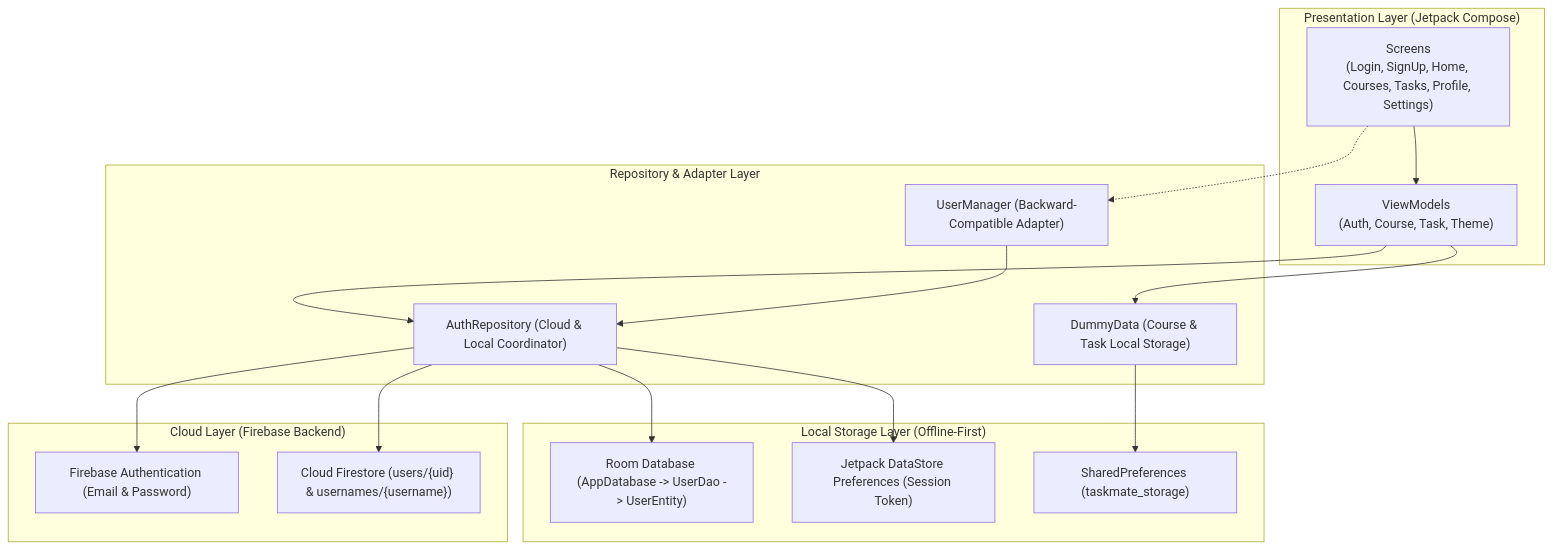
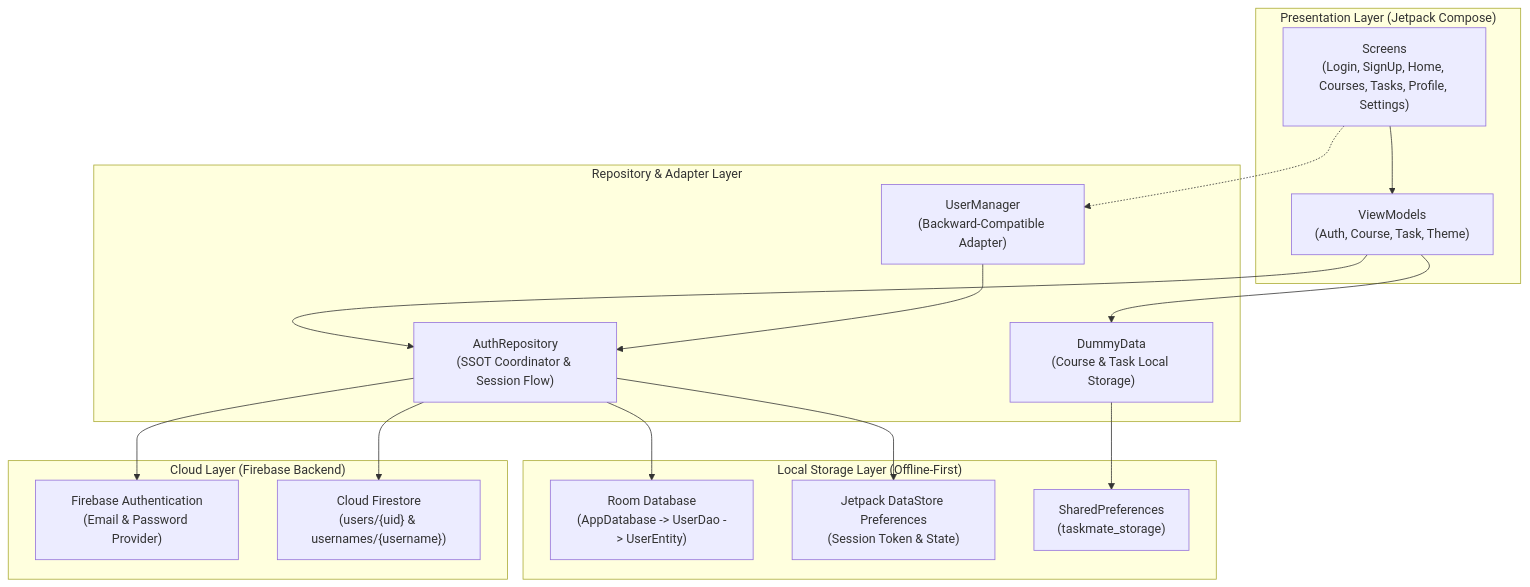
One commit to Haku47/PAPB-D-Kelompok-9-TaskMate changed the diagram in README.md. Above: the diagram before and after it, drawn with Mermaid. The commit also changed other lines of this file, not shown here.

````diff
--- a/README.md
+++ b/README.md
@@ -38,35 +64,35 @@
 ```mermaid
 flowchart TD
     subgraph UI ["Presentation Layer (Jetpack Compose)"]
         Screens["Screens\n(Login, SignUp, Home, Courses, Tasks, Profile, Settings)"]
         VMs["ViewModels\n(Auth, Course, Task, Theme)"]
     end
 
     subgraph Domain ["Repository & Adapter Layer"]
-        Adapter["UserManager (Backward-Compatible Adapter)"]
-        AuthRepo["AuthRepository (Cloud & Local Coordinator)"]
-        DummyData["DummyData (Course & Task Local Storage)"]
+        Adapter["UserManager\n(Backward-Compatible Adapter)"]
+        AuthRepo["AuthRepository\n(SSOT Coordinator & Session Flow)"]
+        DummyData["DummyData\n(Course & Task Local Storage)"]
     end
 
     subgraph Local ["Local Storage Layer (Offline-First)"]
-        Room["Room Database (AppDatabase -> UserDao -> UserEntity)"]
-        DataStore["Jetpack DataStore Preferences (Session Token)"]
-        SP["SharedPreferences (taskmate_storage)"]
+        Room["Room Database\n(AppDatabase -> UserDao -> UserEntity)"]
+        DataStore["Jetpack DataStore Preferences\n(Session Token & State)"]
+        SP["SharedPreferences\n(taskmate_storage)"]
     end
 
     subgraph Cloud ["Cloud Layer (Firebase Backend)"]
-        FirebaseAuth["Firebase Authentication (Email & Password)"]
-        Firestore["Cloud Firestore (users/{uid} & usernames/{username})"]
+        FirebaseAuth["Firebase Authentication\n(Email & Password Provider)"]
+        Firestore["Cloud Firestore\n(users/{uid} & usernames/{username})"]
     end
 
     Screens --> VMs
     VMs --> AuthRepo
     VMs --> DummyData
     Screens -.-> Adapter
     Adapter --> AuthRepo
     AuthRepo --> DataStore
     AuthRepo --> Room
     AuthRepo --> FirebaseAuth
     AuthRepo --> Firestore
     DummyData --> SP
 ```
````
